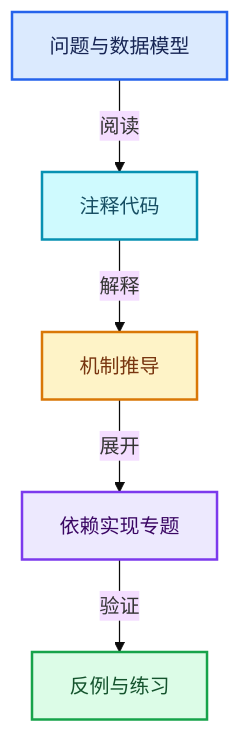
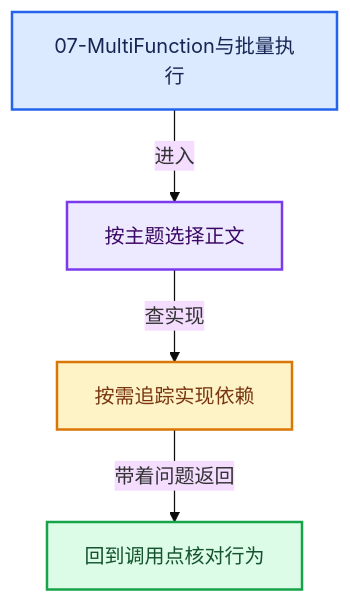
One commit to yunkezengren/blender-.vscode changed the first of 2 diagrams in 杂/markdown/全面学习-codex/07-MultiFunction与批量执行/README.md. Above: the diagram before and after it, drawn with Mermaid (base theme). The commit also changed other lines of this file and 3731 other files, not shown here.

````diff
--- a/杂/markdown/全面学习-codex/07-MultiFunction与批量执行/README.md
+++ b/杂/markdown/全面学习-codex/07-MultiFunction与批量执行/README.md
@@ -24,18 +18,16 @@
 ```mermaid
 flowchart TB
-  A["问题与数据模型"]:::input
-  B["注释代码"]:::data
-  C["机制推导"]:::compute
-  D["依赖实现专题"]:::abstraction
-  E["反例与练习"]:::result
-  A -->|"阅读"| B
-  B -->|"解释"| C
-  C -->|"展开"| D
-  D -->|"验证"| E
+  E["07-MultiFunction与批量执行"]:::input
+  Q["按主题选择正文"]:::abstraction
+  S["按需追踪实现依赖"]:::compute
+  R["回到调用点核对行为"]:::result
+  E -->|"进入"| Q
+  Q -->|"查实现"| S
+  S -->|"带着问题返回"| R
   classDef input fill:#DBEAFE,stroke:#2563EB,color:#172554,stroke-width:2px;
   classDef data fill:#CFFAFE,stroke:#0891B2,color:#164E63,stroke-width:2px;
   classDef abstraction fill:#EDE9FE,stroke:#7C3AED,color:#3B0764,stroke-width:2px;
   classDef compute fill:#FEF3C7,stroke:#D97706,color:#78350F,stroke-width:2px;
   classDef result fill:#DCFCE7,stroke:#16A34A,color:#14532D,stroke-width:2px;
   classDef error fill:#FEE2E2,stroke:#DC2626,color:#7F1D1D,stroke-width:2px;
 ```
````
